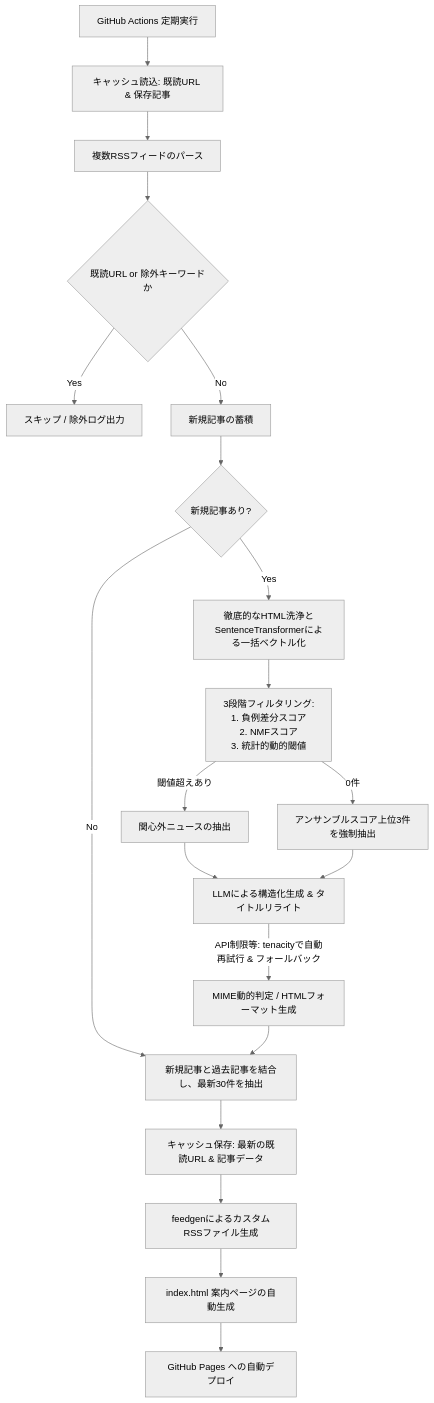
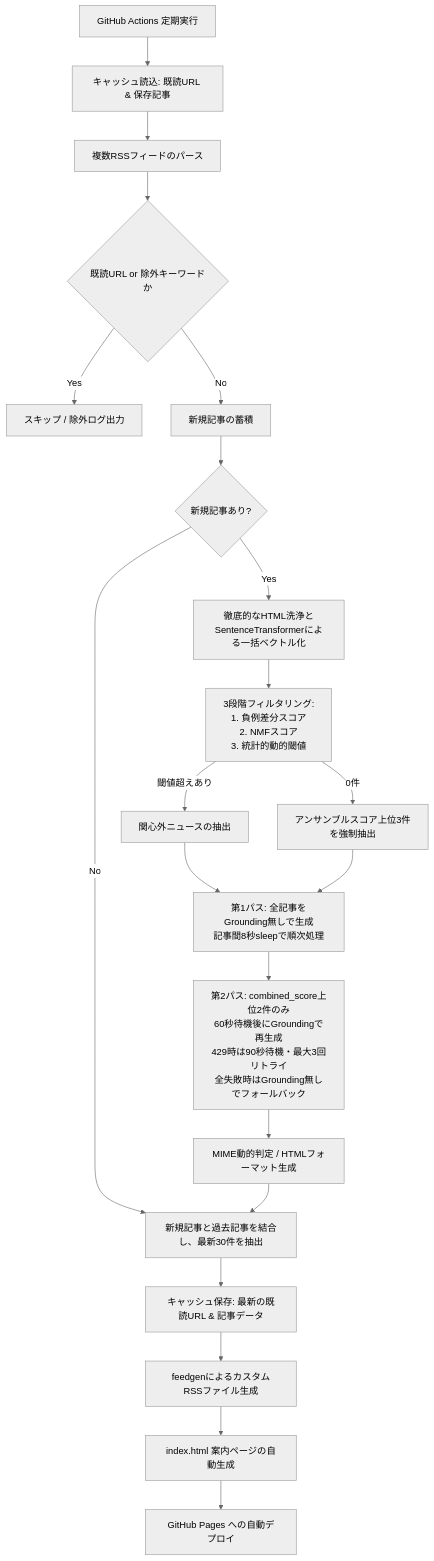
One commit to ph-cookie/bubble-breaker changed the diagram in README.ja.md. Above: the diagram before and after it, drawn with Mermaid (neutral theme). The commit also changed other lines of this file and 1 other file, not shown here.

````diff
--- a/README.ja.md
+++ b/README.ja.md
@@ -49,26 +49,27 @@
 ```mermaid
 graph TD
     A[GitHub Actions 定期実行] --> B[キャッシュ読込: 既読URL & 保存記事]
     B --> C[複数RSSフィードのパース]
     C --> D{既読URL or 除外キーワードか}
     D -- Yes --> E[スキップ / 除外ログ出力]
     D -- No --> F[新規記事の蓄積]
-    
+
     F --> G{新規記事あり?}
     G -- No ---> K
     G -- Yes --> H[徹底的なHTML洗浄と\nSentenceTransformerによる一括ベクトル化]
-    
+
     H --> I[3段階フィルタリング:\n1. 負例差分スコア\n2. NMFスコア\n3. 統計的動的閾値]
     I -- 閾値超えあり --> J[関心外ニュースの抽出]
     I -- 0件 --> J2[アンサンブルスコア上位3件を強制抽出]
-    
-    J --> L[LLMによる構造化生成 & タイトルリライト]
-    J2 --> L
-    L -- "API制限等: tenacityで自動再試行 & フォールバック" --> M[MIME動的判定 / HTMLフォーマット生成]
-    
+
+    J --> L1[第1パス: 全記事をGrounding無しで生成\n記事間8秒sleepで順次処理]
+    J2 --> L1
+    L1 --> L2[第2パス: combined_score上位2件のみ\n60秒待機後にGroundingで再生成\n429時は90秒待機・最大3回リトライ\n全失敗時はGrounding無しでフォールバック]
+    L2 --> M[MIME動的判定 / HTMLフォーマット生成]
+
     M --> K[新規記事と過去記事を結合し、最新30件を抽出]
     K --> N[キャッシュ保存: 最新の既読URL & 記事データ]
     N --> O[feedgenによるカスタムRSSファイル生成]
     O --> Q[index.html 案内ページの自動生成]
     Q --> P[GitHub Pages への自動デプロイ]
 ```
````
